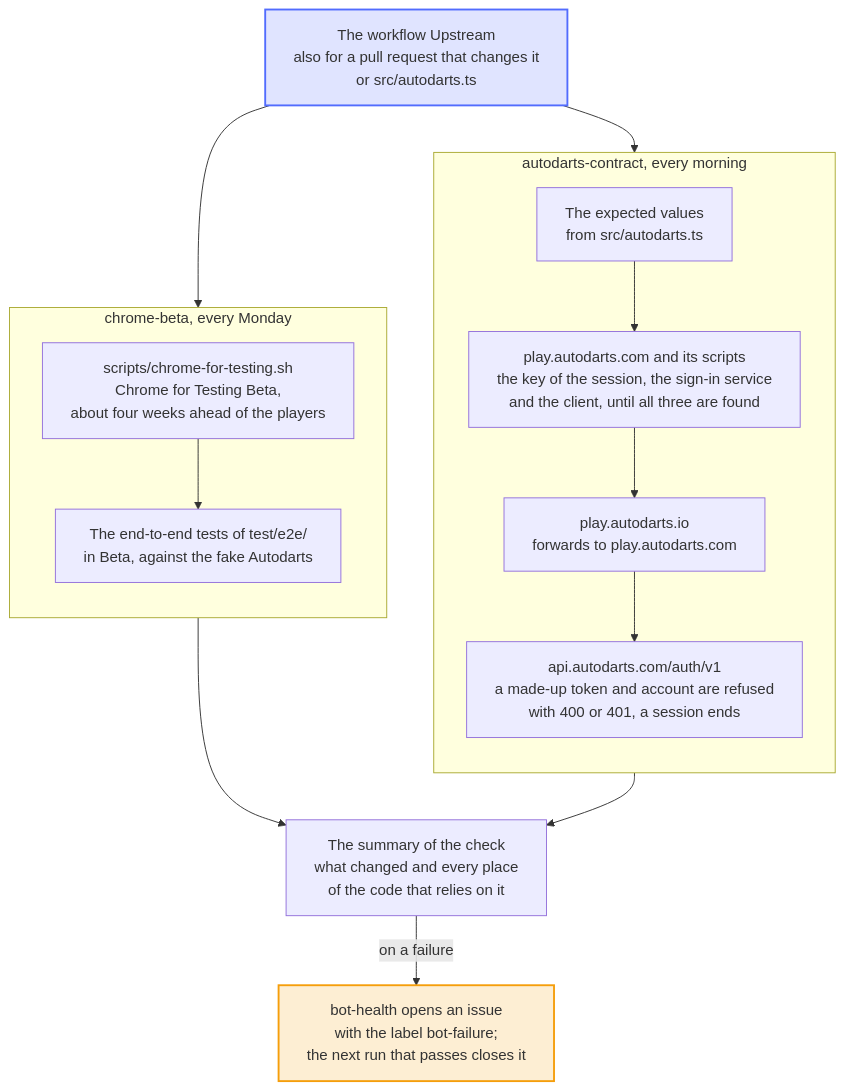
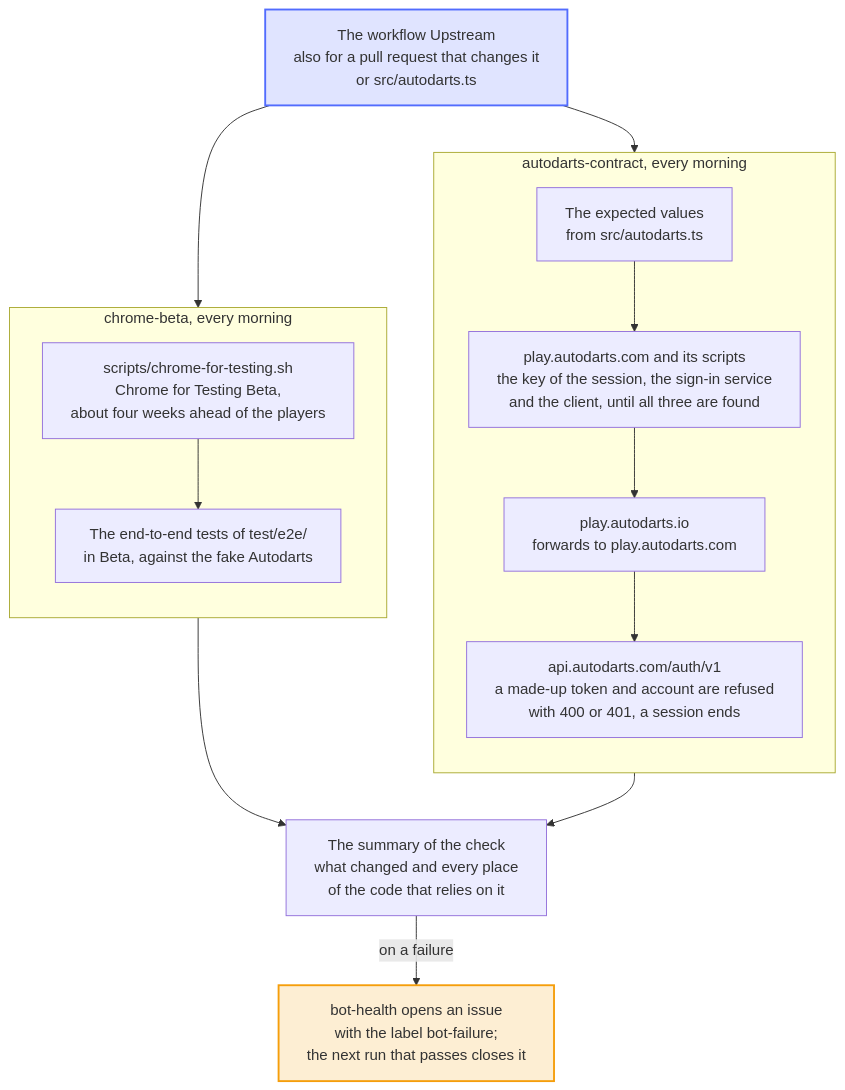
Before and after one commit to Dennis-Otto/player-switch-for-autodarts: the diagram in docs/diagrams/how-the-upstream-checks-work.mmd, drawn with Mermaid. The commit also changed 7 other files, not shown here.

First line of the commit message:
ci: run both upstream jobs on one daily schedule

```diff
--- a/docs/diagrams/how-the-upstream-checks-work.mmd
+++ b/docs/diagrams/how-the-upstream-checks-work.mmd
@@ -1,43 +1,43 @@
 ---
 config:
   flowchart:
     wrappingWidth: 400
 ---
 flowchart TB
     accTitle: How the upstream checks work
-    accDescr: The workflow Upstream runs two checks of what the extension relies on but doesn't control. Every morning, autodarts-contract takes the expected values from src/autodarts.ts and asks the real Autodarts with made-up data only, about a dozen requests: it looks for the key of the session, the sign-in service and the client in the code of play.autodarts.com, script by script until it has found all three, follows the forward of play.autodarts.io, and sends a made-up token, a made-up account and the end of a made-up session to the sign-in service, through the functions of the extension. Every Monday, chrome-beta downloads Chrome for Testing Beta, the next version of Chrome, and runs the end-to-end tests in it against the fake Autodarts. When either fails, its summary names what changed and where the code relies on it, and the bot-health bot opens an issue with the label bot-failure, which the next run that passes closes.
+    accDescr: The workflow Upstream runs two checks of what the extension relies on but doesn't control. Every morning, autodarts-contract takes the expected values from src/autodarts.ts and asks the real Autodarts with made-up data only, about a dozen requests: it looks for the key of the session, the sign-in service and the client in the code of play.autodarts.com, script by script until it has found all three, follows the forward of play.autodarts.io, and sends a made-up token, a made-up account and the end of a made-up session to the sign-in service, through the functions of the extension. Every morning as well, chrome-beta downloads Chrome for Testing Beta, the next version of Chrome, and runs the end-to-end tests in it against the fake Autodarts. When either fails, its summary names what changed and where the code relies on it, and the bot-health bot opens an issue with the label bot-failure, which the next run that passes closes.
 
     workflow["The workflow Upstream<br>also for a pull request that changes it<br>or src/autodarts.ts"]
 
     subgraph daily ["autodarts-contract, every morning"]
         direction TB
         values["The expected values<br>from src/autodarts.ts"]
         page["play.autodarts.com and its scripts<br>the key of the session, the sign-in service<br>and the client, until all three are found"]
         forward["play.autodarts.io<br>forwards to play.autodarts.com"]
         auth["api.autodarts.com/auth/v1<br>a made-up token and account are refused<br>with 400 or 401, a session ends"]
         values --> page
         page --> forward
         forward --> auth
     end
 
-    subgraph weekly ["chrome-beta, every Monday"]
+    subgraph beta ["chrome-beta, every morning"]
         direction TB
         download["scripts/chrome-for-testing.sh<br>Chrome for Testing Beta,<br>about four weeks ahead of the players"]
         tests["The end-to-end tests of test/e2e/<br>in Beta, against the fake Autodarts"]
         download --> tests
     end
 
     workflow --> values
     workflow --> download
 
     report["The summary of the check<br>what changed and every place<br>of the code that relies on it"]
     auth --> report
     tests --> report
 
     issue["bot-health opens an issue<br>with the label bot-failure;<br>the next run that passes closes it"]
     report -->|on a failure| issue
 
     classDef bot fill:#526cfe2e,stroke:#526cfe,stroke-width:2px
     classDef person fill:#f59e0b2e,stroke:#f59e0b,stroke-width:2px
     class workflow bot
     class issue person
```
